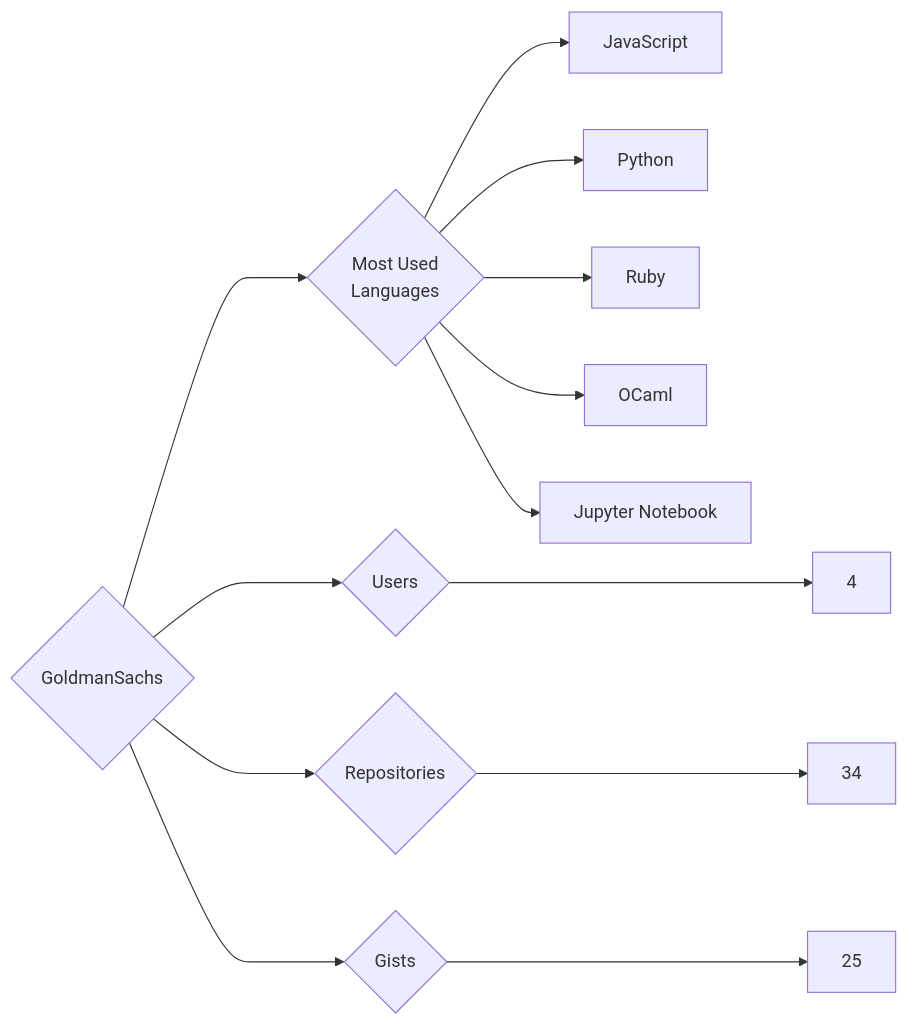
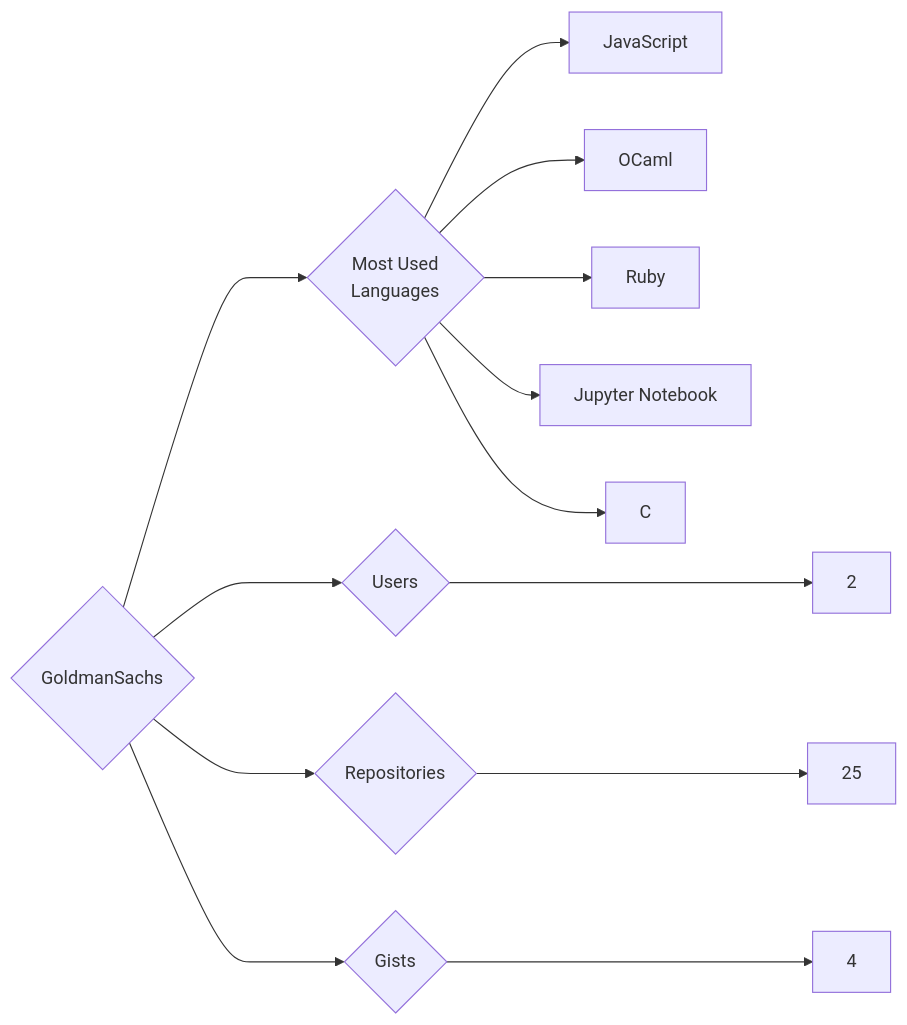
The diagram in targets/GoldmanSachs/README.md (trickest/insiders), drawn with Mermaid before and after one commit. The commit also changed 924 other files, not shown here.

````diff
--- a/targets/GoldmanSachs/README.md
+++ b/targets/GoldmanSachs/README.md
@@ -3,13 +3,13 @@
 ```mermaid
 graph LR
 COMPANY_NAME{GoldmanSachs}
-COMPANY_NAME ---> U{Users} ---> UN[4]
-COMPANY_NAME ---> R{Repositories} ---> RN[34]
-COMPANY_NAME ---> G{Gists} ---> GN[25]
+COMPANY_NAME ---> U{Users} ---> UN[2]
+COMPANY_NAME ---> R{Repositories} ---> RN[25]
+COMPANY_NAME ---> G{Gists} ---> GN[4]
 COMPANY_NAME ---> ML{Most Used<br>Languages}
 ML --> JavaScript[JavaScript]
-ML --> Python[Python]
+ML --> OCaml[OCaml]
 ML --> Ruby[Ruby]
-ML --> OCaml[OCaml]
 ML --> Jupyter_Notebook[Jupyter Notebook]
+ML --> C[C]
 ```
````
